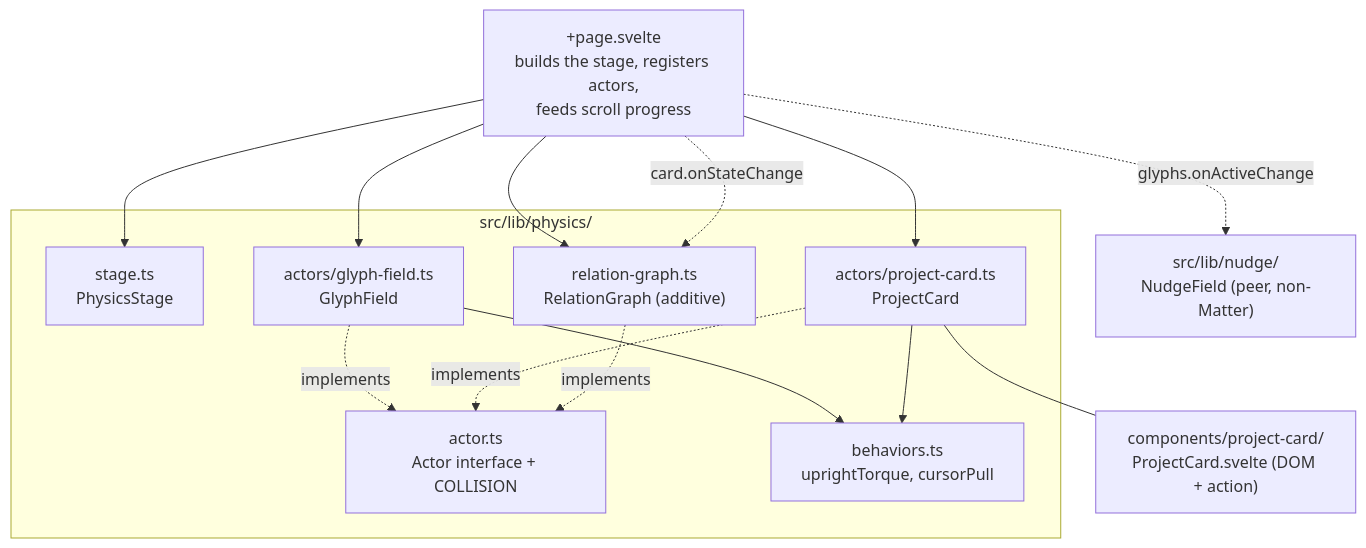
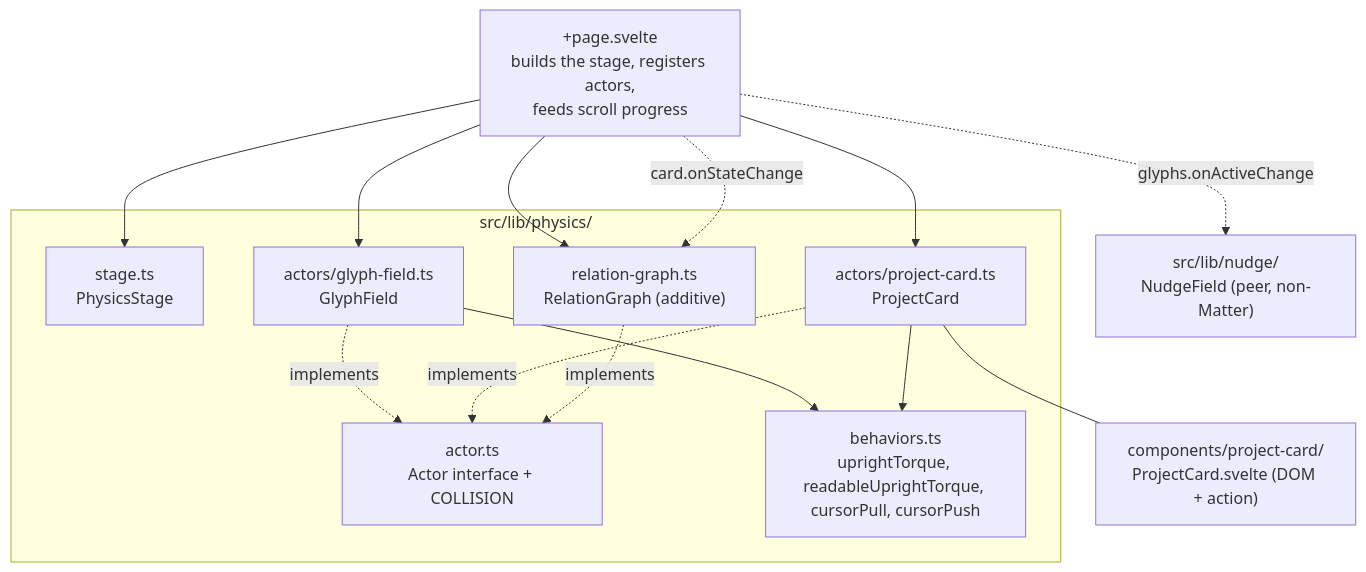
Before and after one commit to voidprojectssoftware/voidprojects-site: the second of 8 diagrams in docs/physics/explanation/architecture.md, drawn with Mermaid. The commit also changed other lines of this file and 8 other files, not shown here.

First line of the commit message:
feat: readable orientation for the GitHub button and graph letters

````diff
--- a/docs/physics/explanation/architecture.md
+++ b/docs/physics/explanation/architecture.md
@@ -51,29 +51,29 @@
 ```mermaid
 flowchart TD
     page["+page.svelte<br/>builds the stage, registers actors,<br/>feeds scroll progress"]
 
     subgraph physics["src/lib/physics/"]
         stage["stage.ts<br/>PhysicsStage"]
         actor["actor.ts<br/>Actor interface + COLLISION"]
-        behaviors["behaviors.ts<br/>uprightTorque, cursorPull"]
+        behaviors["behaviors.ts<br/>uprightTorque, readableUprightTorque, cursorPull, cursorPush"]
         glyph["actors/glyph-field.ts<br/>GlyphField"]
         card["actors/project-card.ts<br/>ProjectCard"]
         rgraph["relation-graph.ts<br/>RelationGraph (additive)"]
     end
 
     nudge["src/lib/nudge/<br/>NudgeField (peer, non-Matter)"]
     comp["components/project-card/<br/>ProjectCard.svelte (DOM + action)"]
 
     page --> stage
     page --> glyph
     page --> card
     page --> rgraph
     page -.->|glyphs.onActiveChange| nudge
     page -.->|card.onStateChange| rgraph
     glyph -. implements .-> actor
     card -. implements .-> actor
     rgraph -. implements .-> actor
     glyph --> behaviors
     card --> behaviors
     card --- comp
 ```
````
